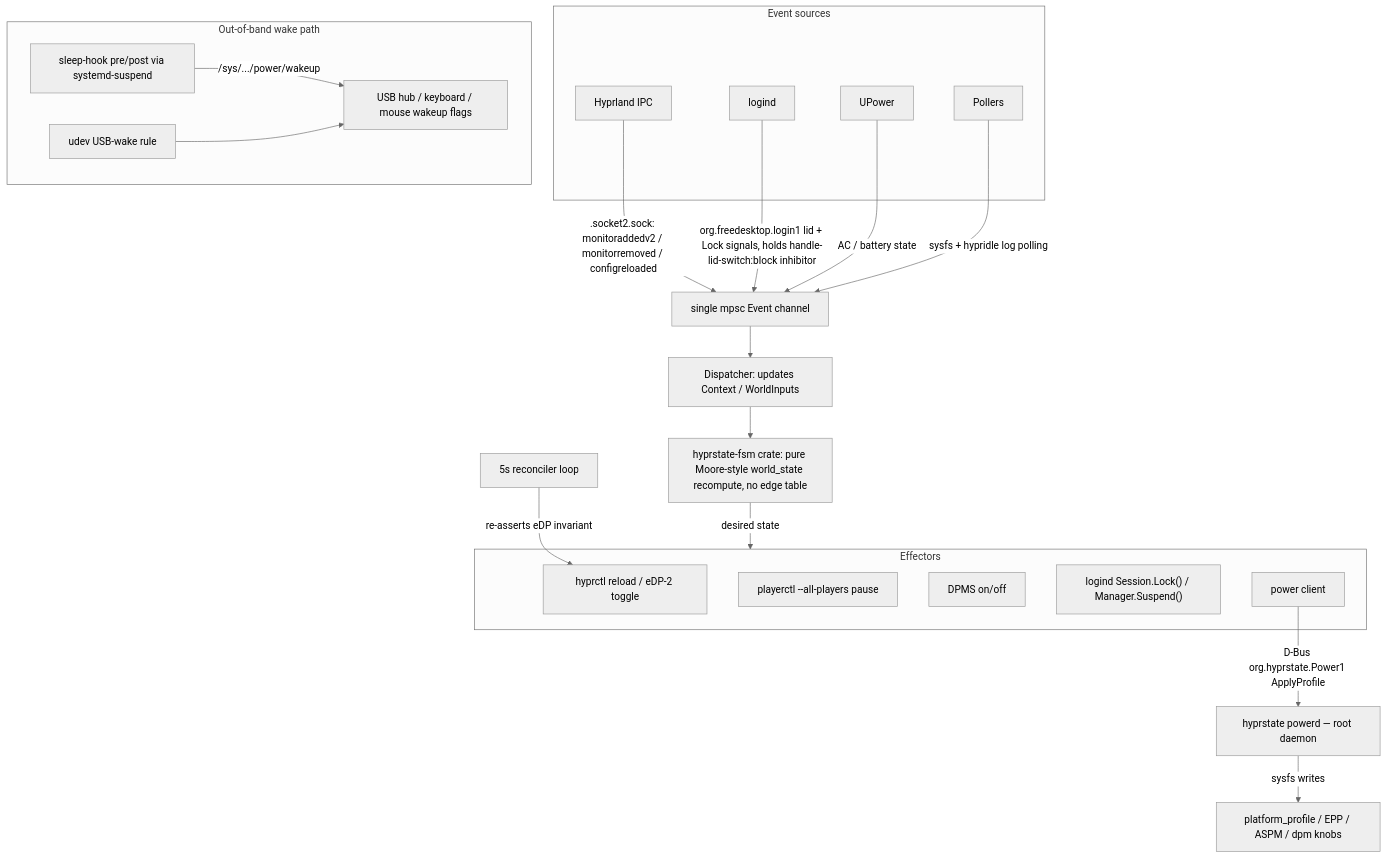
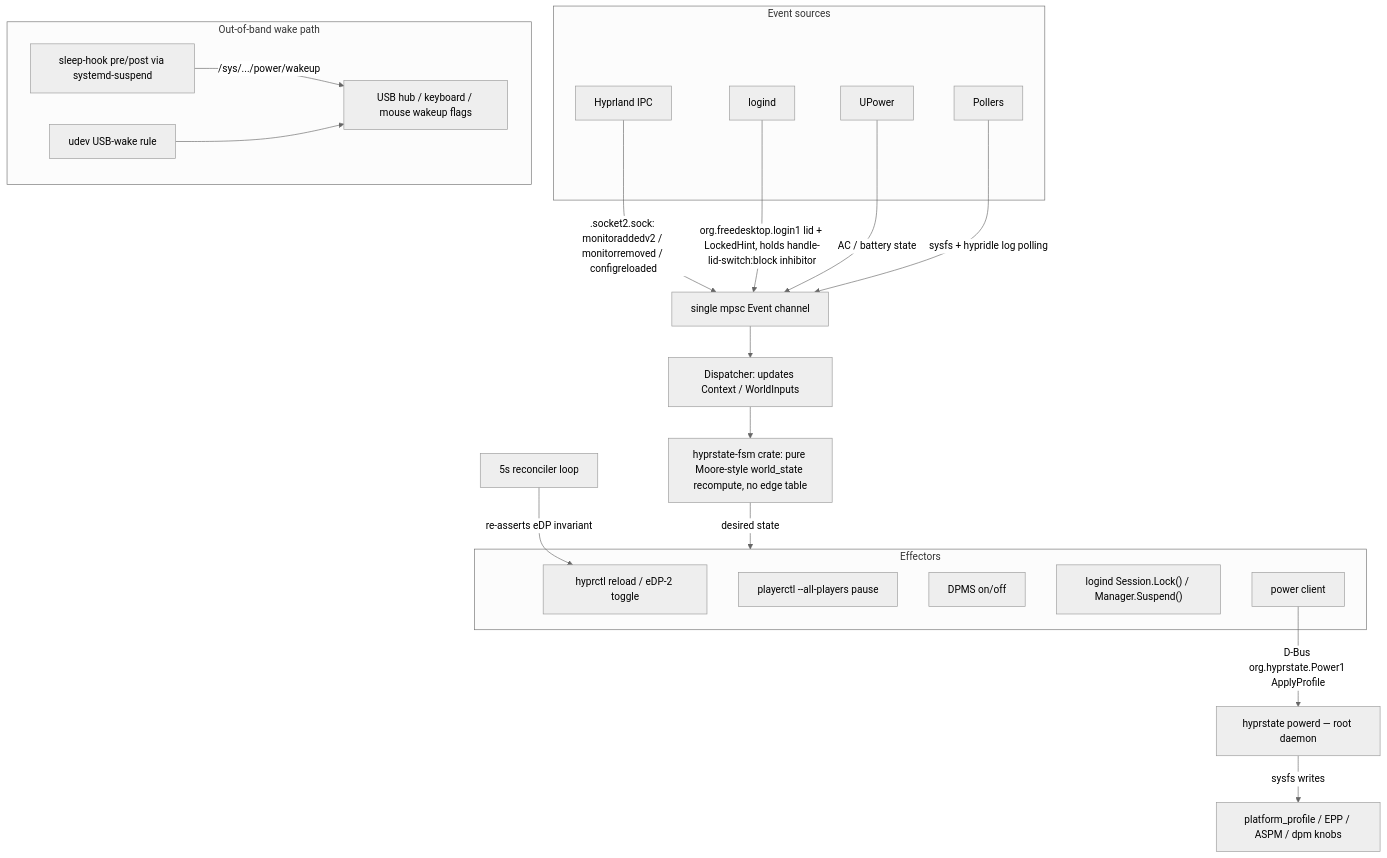
One commit to MasonRhodesDev/hyprstate changed the diagram in README.md. Above: the diagram before and after it, drawn with Mermaid (neutral theme). The commit also changed other lines of this file and 6 other files, not shown here.

First line of the commit message:
fix(daemon): take lock state solely from logind LockedHint

````diff
--- a/README.md
+++ b/README.md
@@ -20,35 +20,35 @@
 ```mermaid
 flowchart TD
     subgraph sources["Event sources"]
         hypr["Hyprland IPC"]
         logind["logind"]
         upower["UPower"]
         poll["Pollers"]
     end
 
     hypr -->|".socket2.sock: monitoraddedv2 / monitorremoved / configreloaded"| chan
-    logind -->|"org.freedesktop.login1 lid + Lock signals, holds handle-lid-switch:block inhibitor"| chan
+    logind -->|"org.freedesktop.login1 lid + LockedHint, holds handle-lid-switch:block inhibitor"| chan
     upower -->|"AC / battery state"| chan
     poll -->|"sysfs + hypridle log polling"| chan
 
     chan["single mpsc Event channel"] --> disp["Dispatcher: updates Context / WorldInputs"]
     disp --> fsm["hyprstate-fsm crate: pure Moore-style world_state recompute, no edge table"]
     fsm -->|"desired state"| eff
 
     subgraph eff["Effectors"]
         mon["hyprctl reload / eDP-2 toggle"]
         media["playerctl --all-players pause"]
         dpms["DPMS on/off"]
         sd["logind Session.Lock() / Manager.Suspend()"]
         pwr["power client"]
     end
 
     recon["5s reconciler loop"] -->|"re-asserts eDP invariant"| mon
     pwr -->|"D-Bus org.hyprstate.Power1 ApplyProfile"| powerd["hyprstate powerd — root daemon"]
     powerd -->|"sysfs writes"| knobs["platform_profile / EPP / ASPM / dpm knobs"]
 
     subgraph wake["Out-of-band wake path"]
         hook["sleep-hook pre/post via systemd-suspend"] -->|"/sys/.../power/wakeup"| usb["USB hub / keyboard / mouse wakeup flags"]
         udev["udev USB-wake rule"] --> usb
     end
 ```
````
